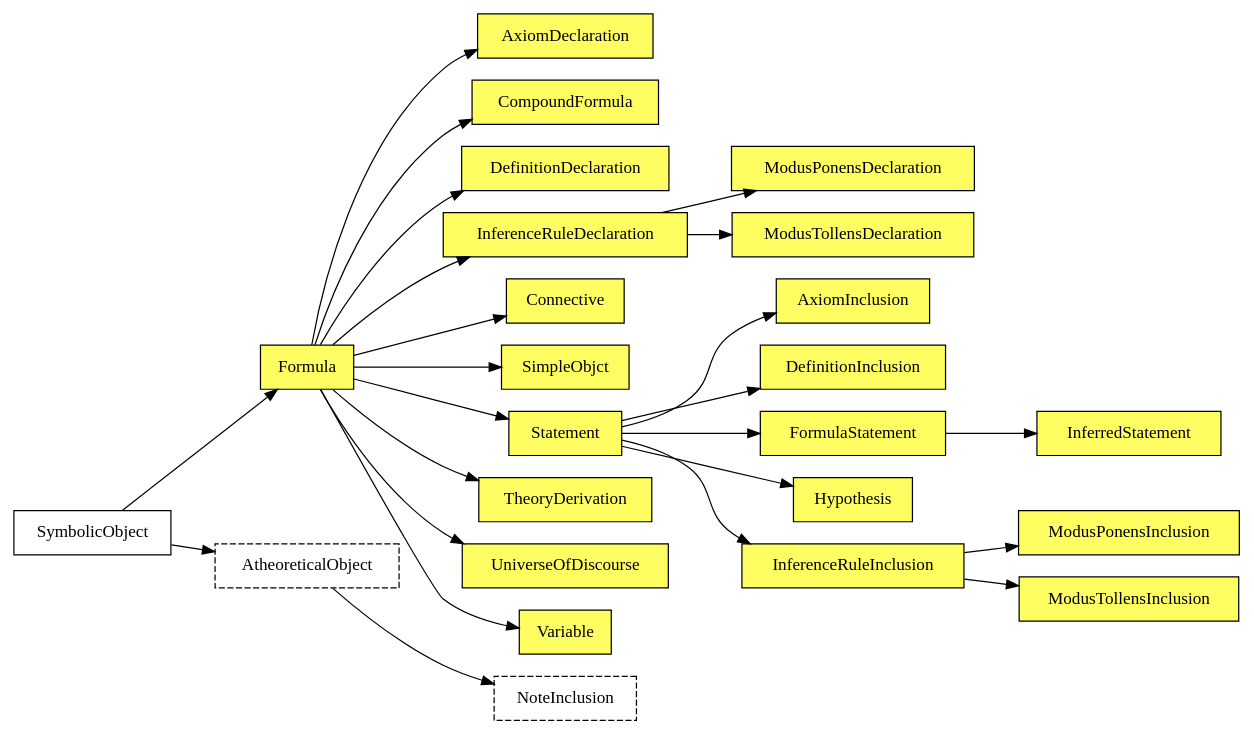
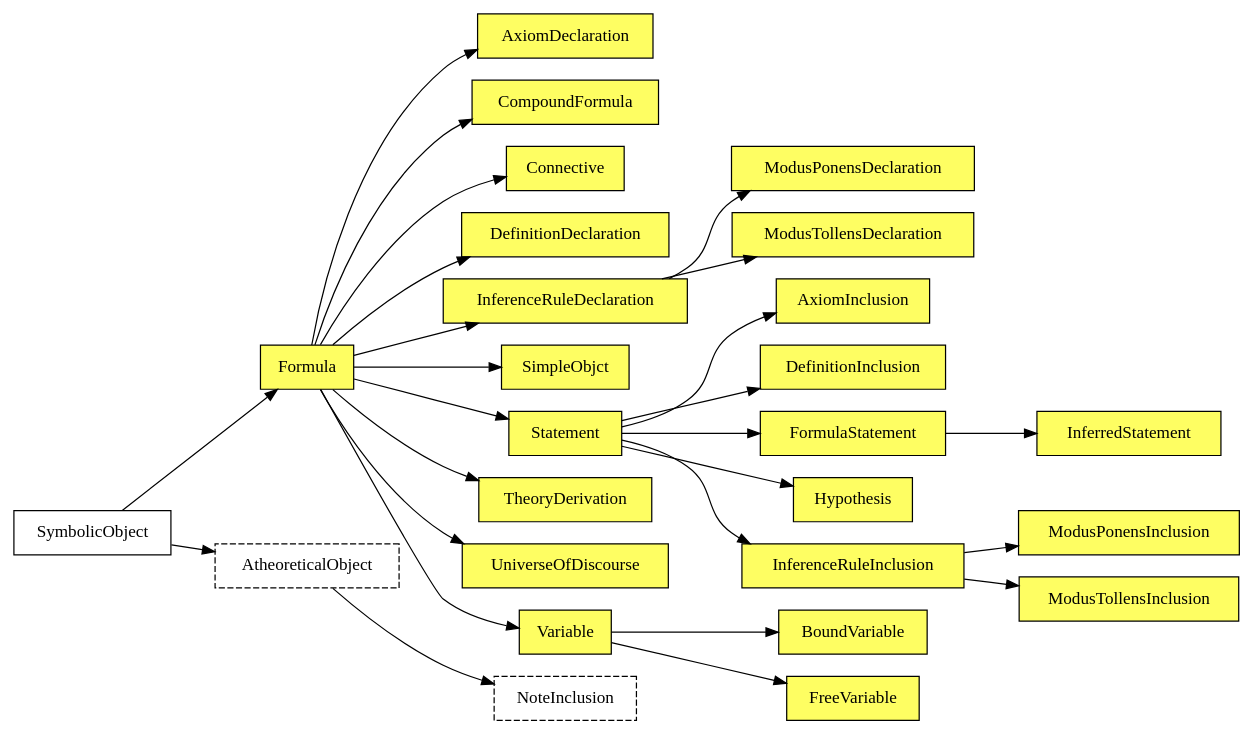
One commit to daviddoret/punctilious changed the diagram in docs/source/python/class/class_diagram.rst. Above: the diagram before and after it, drawn with Graphviz. The commit also changed 27 other files, not shown here.

```diff
--- a/docs/source/python/class/class_diagram.rst
+++ b/docs/source/python/class/class_diagram.rst
@@ -14,58 +14,62 @@
 .. graphviz::
 
    digraph "Punctilious data model" {
       rankdir = LR;
       node [shape=box];
       fontname="Arial";
       fontsize="20pt";
 
       Formula [style=filled, fillcolor="#FEFE62"];
       AxiomDeclaration [style=filled, fillcolor="#FEFE62"];
+      AxiomInclusion [style=filled, fillcolor="#FEFE62"];
+      BoundVariable [style=filled, fillcolor="#FEFE62"];
       CompoundFormula [style=filled, fillcolor="#FEFE62"];
+      Connective [style=filled, fillcolor="#FEFE62"];
       DefinitionDeclaration [style=filled, fillcolor="#FEFE62"];
+      FreeVariable [style=filled, fillcolor="#FEFE62"];
       InferenceRuleDeclaration [style=filled, fillcolor="#FEFE62"];
-      Connective [style=filled, fillcolor="#FEFE62"];
       SimpleObjct [style=filled, fillcolor="#FEFE62"];
       Statement [style=filled, fillcolor="#FEFE62"];
       TheoryDerivation [style=filled, fillcolor="#FEFE62"];
       UniverseOfDiscourse [style=filled, fillcolor="#FEFE62"];
       Variable [style=filled, fillcolor="#FEFE62"];
-      AxiomInclusion [style=filled, fillcolor="#FEFE62"];
       DefinitionInclusion [style=filled, fillcolor="#FEFE62"];
       FormulaStatement [style=filled, fillcolor="#FEFE62"];
       Hypothesis [style=filled, fillcolor="#FEFE62"];
       InferenceRuleInclusion [style=filled, fillcolor="#FEFE62"];
       ModusPonensInclusion [style=filled, fillcolor="#FEFE62"];
       ModusTollensInclusion [style=filled, fillcolor="#FEFE62"];
       ModusPonensDeclaration [style=filled, fillcolor="#FEFE62"];
       ModusTollensDeclaration [style=filled, fillcolor="#FEFE62"];
       InferredStatement [style=filled, fillcolor="#FEFE62"];
 
       AtheoreticalObject [style=dashed];
       NoteInclusion [style=dashed];
 
       "SymbolicObject" -> "AtheoreticalObject";
       "SymbolicObject" -> "Formula";
       "Formula" -> "AxiomDeclaration";
       "Formula" -> "CompoundFormula";
       "Formula" -> "DefinitionDeclaration";
       "Formula" -> "InferenceRuleDeclaration";
       "Formula" -> "Connective";
       "Formula" -> "SimpleObjct";
       "Formula" -> "Statement";
       "Formula" -> "TheoryDerivation";
       "Formula" -> "UniverseOfDiscourse";
       "Formula" -> "Variable";
+      "Variable" -> "BoundVariable";
+      "Variable" -> "FreeVariable";
       "Statement" -> "AxiomInclusion";
       "Statement" -> "DefinitionInclusion";
       "Statement" -> "FormulaStatement";
       "Statement" -> "Hypothesis";
       "Statement" -> "InferenceRuleInclusion";
       "InferenceRuleInclusion" -> "ModusPonensInclusion";
       "InferenceRuleInclusion" -> "ModusTollensInclusion";
       "InferenceRuleDeclaration" -> "ModusPonensDeclaration";
       "InferenceRuleDeclaration" -> "ModusTollensDeclaration";
       "AtheoreticalObject" -> "NoteInclusion";
       "FormulaStatement" -> "InferredStatement";
 
    }
```
